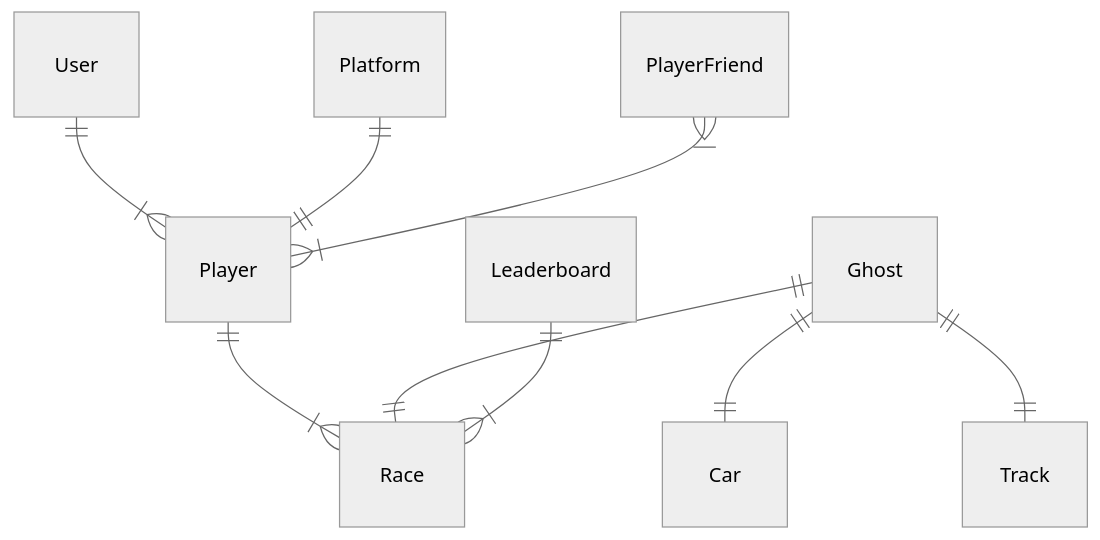
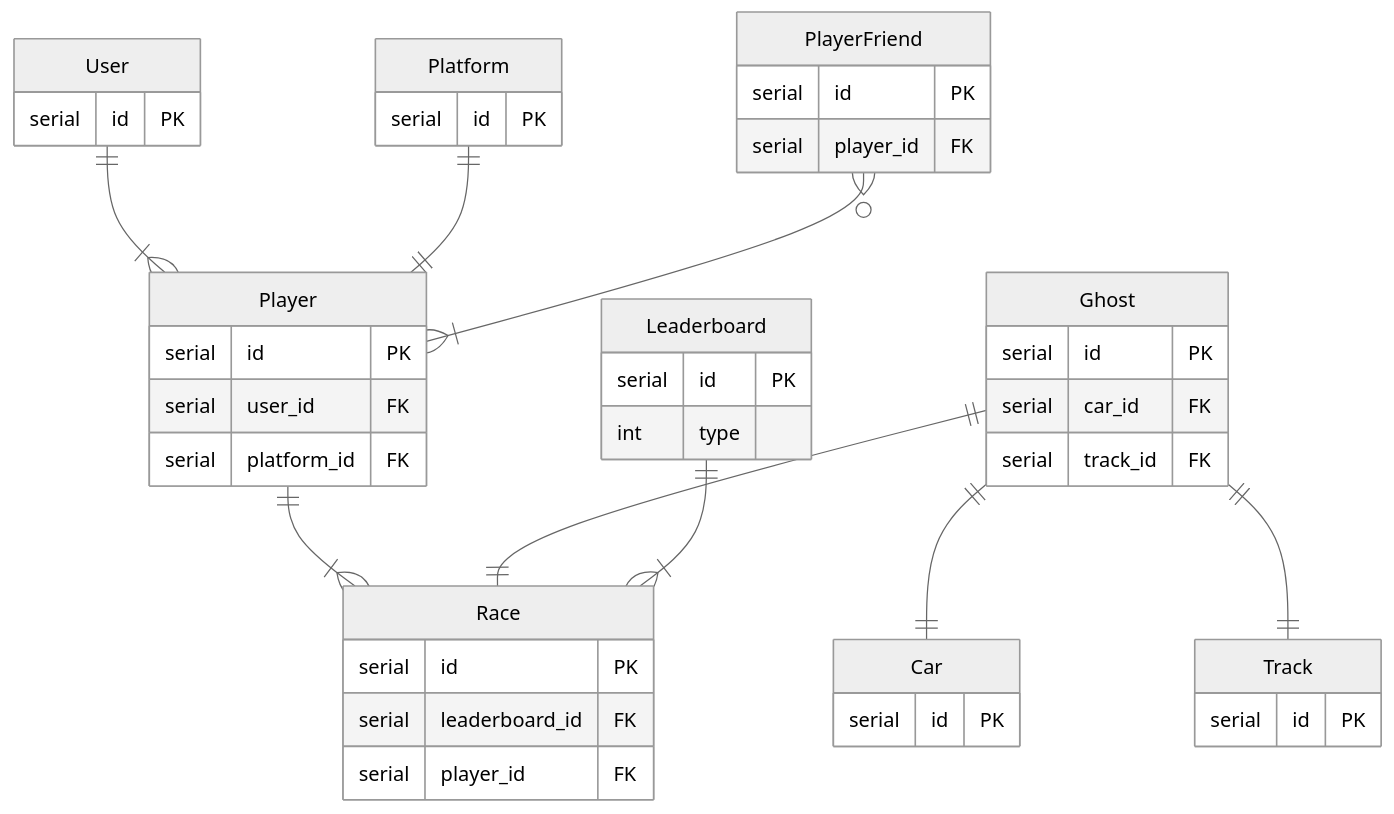
Before and after one commit to rick-0/MegaLeaderboard: the second of 2 diagrams in README.md, drawn with Mermaid (neutral theme).

````diff
--- a/README.md
+++ b/README.md
@@ -73,11 +73,47 @@
 ``` mermaid
 erDiagram
     User ||--|{ Player : ""
     Player ||--|{ Race : ""
     Platform ||--|| Player : ""
-    PlayerFriend }|--|{ Player : ""
+    PlayerFriend }o--|{ Player : ""
     Ghost ||--|| Race : ""
     Ghost ||--|| Car : ""
     Ghost ||--|| Track : ""
     Leaderboard ||--|{ Race : ""   
+
+    User {
+        serial id PK
+    }
+    Player {
+        serial id PK
+        serial user_id FK
+        serial platform_id FK
+    }
+    Platform {
+        serial id PK
+    }
+    PlayerFriend {
+        serial id PK
+        serial player_id FK
+    }
+    Ghost {
+        serial id PK
+        serial car_id FK
+        serial track_id FK
+    }
+    Race {
+        serial id PK
+        serial leaderboard_id FK
+        serial player_id FK
+    }
+    Car {
+        serial id PK
+    }
+    Track {
+        serial id PK
+    }
+    Leaderboard {
+        serial id PK
+        int type
+    }
 ```
````
